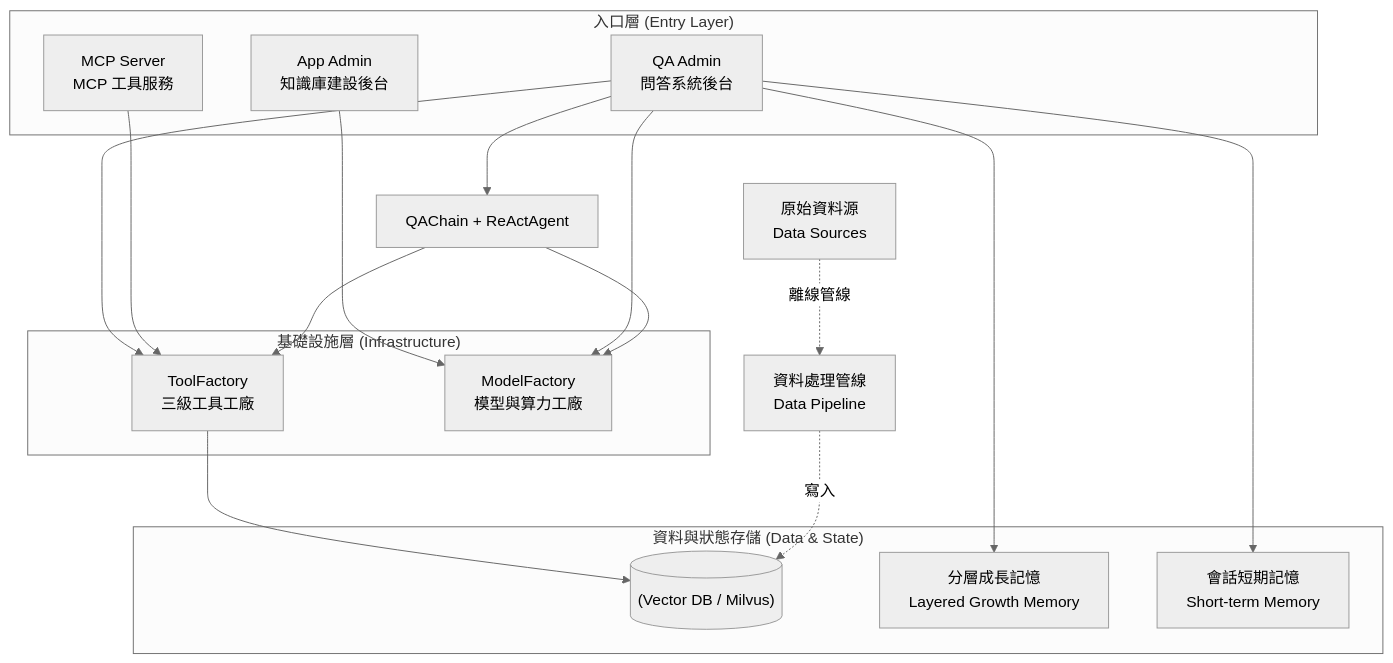
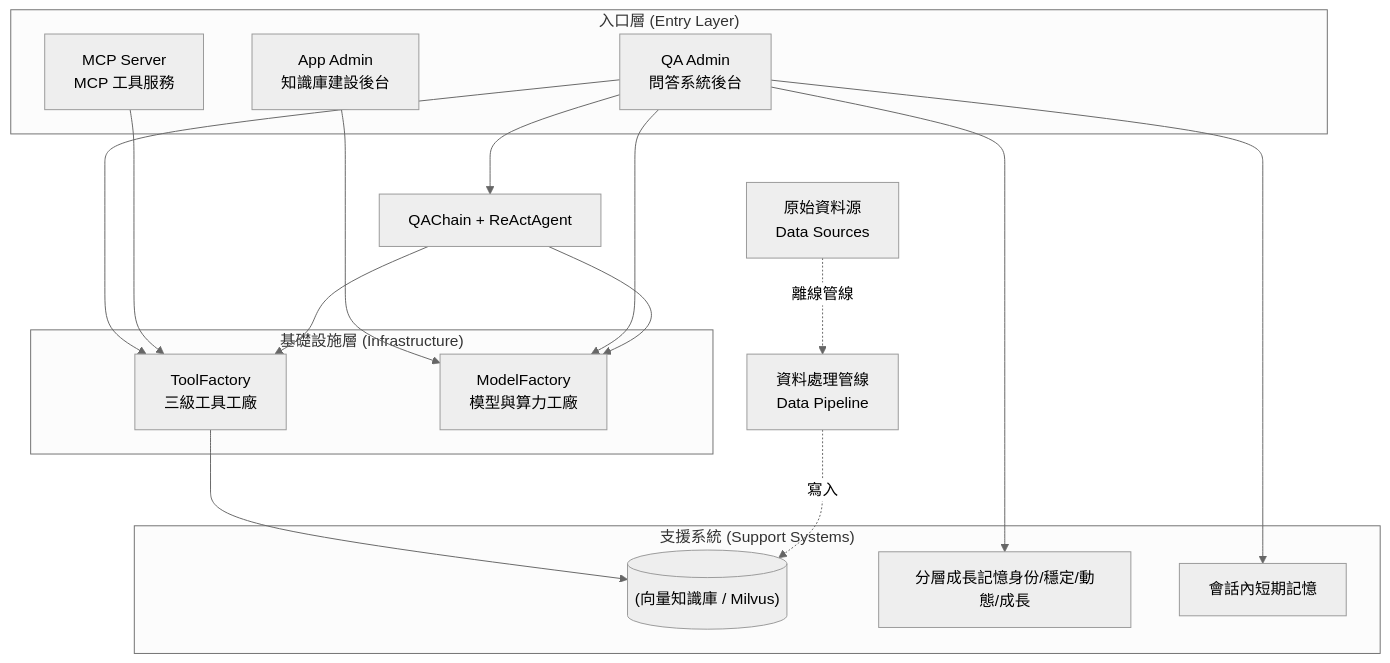
Before and after one commit to jerrygao0204/Growlong: the diagram in README.md, drawn with Mermaid (neutral theme). The commit also changed other lines of this file, not shown here.

````diff
--- a/README.md
+++ b/README.md
@@ -21,34 +21,34 @@
 ```mermaid
 flowchart TD
     subgraph entry_layer ["入口層 (Entry Layer)"]
         AA["App Admin<br/>知識庫建設後台"]
         QA["QA Admin<br/>問答系統後台"]
         MCP["MCP Server<br/>MCP 工具服務"]
     end
 
     subgraph infra_layer ["基礎設施層 (Infrastructure)"]
         TF["ToolFactory<br/>三級工具工廠"]
         MF["ModelFactory<br/>模型與算力工廠"]
     end
 
     AA --> MF
     QA --> MF
     QA --> TF
     MCP --> TF
     QA --> RAG["QAChain + ReActAgent"]
     RAG --> TF
     RAG --> MF
 
-    subgraph storage_layer ["資料與狀態存儲 (Data & State)"]
-        V[("(Vector DB / Milvus)")]
-        GM["分層成長記憶<br/>Layered Growth Memory"]
-        SM["會話短期記憶<br/>Short-term Memory"]
+    subgraph storage_layer ["支援系統 (Support Systems)"]
+        V[("(向量知識庫 / Milvus)")]
+        GM["分層成長記憶身份/穩定/動態/成長"]
+        SM["會話內短期記憶"]
     end
 
     TF --> V
     QA --> GM
     QA --> SM
 
     P["原始資料源<br/>Data Sources"] -.離線管線.-> D["資料處理管線<br/>Data Pipeline"]
     D -.寫入.-> V
 ```
````
